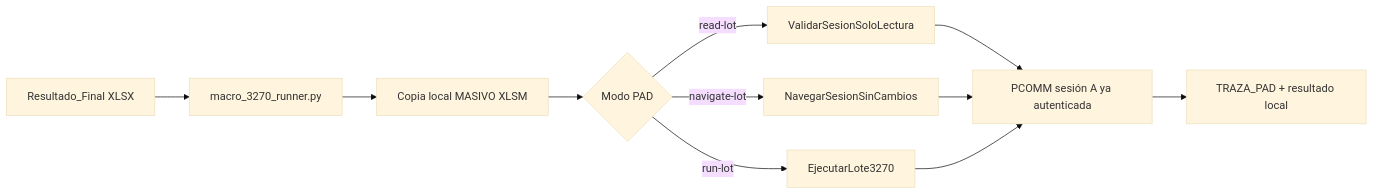
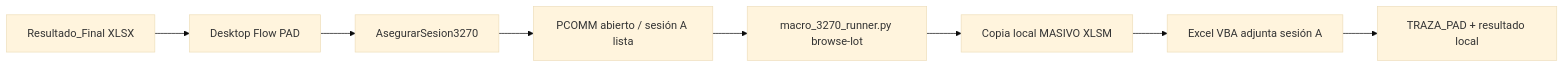
The diagram in docs/operacion/ejecucion-macro-3270-pad-2026-10-14.md (eduardo202020/auto-tasacion), drawn with Mermaid (base theme) before and after one commit. The commit also changed other lines of this file and 7 other files, not shown here.

````diff
--- a/docs/operacion/ejecucion-macro-3270-pad-2026-10-14.md
+++ b/docs/operacion/ejecucion-macro-3270-pad-2026-10-14.md
@@ -13,13 +13,10 @@
 ```mermaid
 flowchart LR
-    A[Resultado_Final XLSX] --> B[macro_3270_runner.py]
-    B --> C[Copia local MASIVO XLSM]
-    C --> D{Modo PAD}
-    D -->|read-lot| E[ValidarSesionSoloLectura]
-    D -->|navigate-lot| F[NavegarSesionSinCambios]
-    D -->|run-lot| H[EjecutarLote3270]
-    E --> G[PCOMM sesión A ya autenticada]
-    F --> G
-    H --> G
-    G --> I[TRAZA_PAD + resultado local]
+    A[Resultado_Final XLSX] --> B[Desktop Flow PAD]
+    B --> C[AsegurarSesion3270]
+    C --> D[PCOMM abierto / sesión A lista]
+    D --> E[macro_3270_runner.py browse-lot]
+    E --> F[Copia local MASIVO XLSM]
+    F --> G[Excel VBA adjunta sesión A]
+    G --> H[TRAZA_PAD + resultado local]
 ```
````
